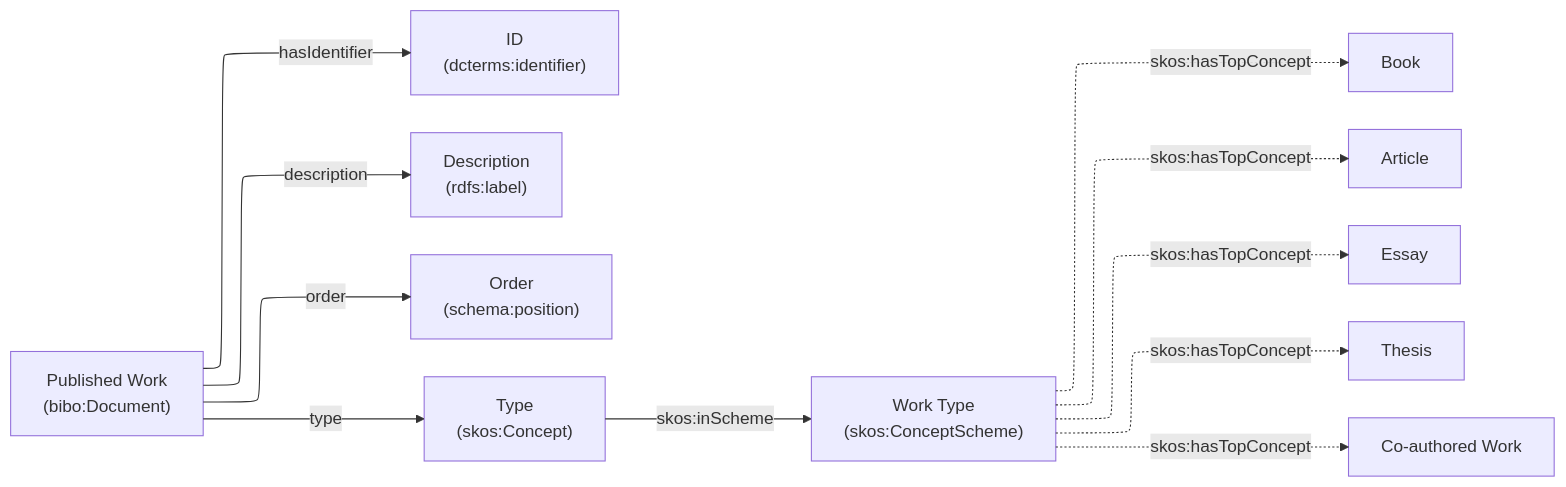
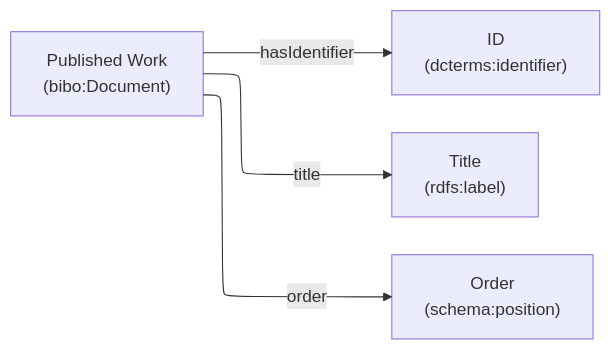
Before and after one commit to Kaankzlyar/orwell-generalized: the diagram in docs/registobiografico/published-work.mermaid, drawn with Mermaid. The commit also changed 10 other files, not shown here.

Commit message:
fix some graphs

```diff
--- a/docs/registobiografico/published-work.mermaid
+++ b/docs/registobiografico/published-work.mermaid
@@ -1,16 +1,8 @@
 ---
 config:
   layout: elk
 ---
 flowchart LR
     Work["Published Work<br>(bibo:Document)"] -- hasIdentifier --> wid["ID<br>(dcterms:identifier)"]
-    Work -- description --> wdes["Description<br>(rdfs:label)"]
+    Work -- title --> wdes["Title<br>(rdfs:label)"]
     Work -- order --> worder["Order<br>(schema:position)"]
-    Work -- type --> wtype["Type<br>(skos:Concept)"]
-    
-    wtype -->|"skos:inScheme"| wtypeEnum["Work Type<br>(skos:ConceptScheme)"]
-    wtypeEnum -.->|"skos:hasTopConcept"| wt1["Book"]
-    wtypeEnum -.->|"skos:hasTopConcept"| wt2["Article"]
-    wtypeEnum -.->|"skos:hasTopConcept"| wt3["Essay"]
-    wtypeEnum -.->|"skos:hasTopConcept"| wt4["Thesis"]
-    wtypeEnum -.->|"skos:hasTopConcept"| wt5["Co-authored Work"]
```
